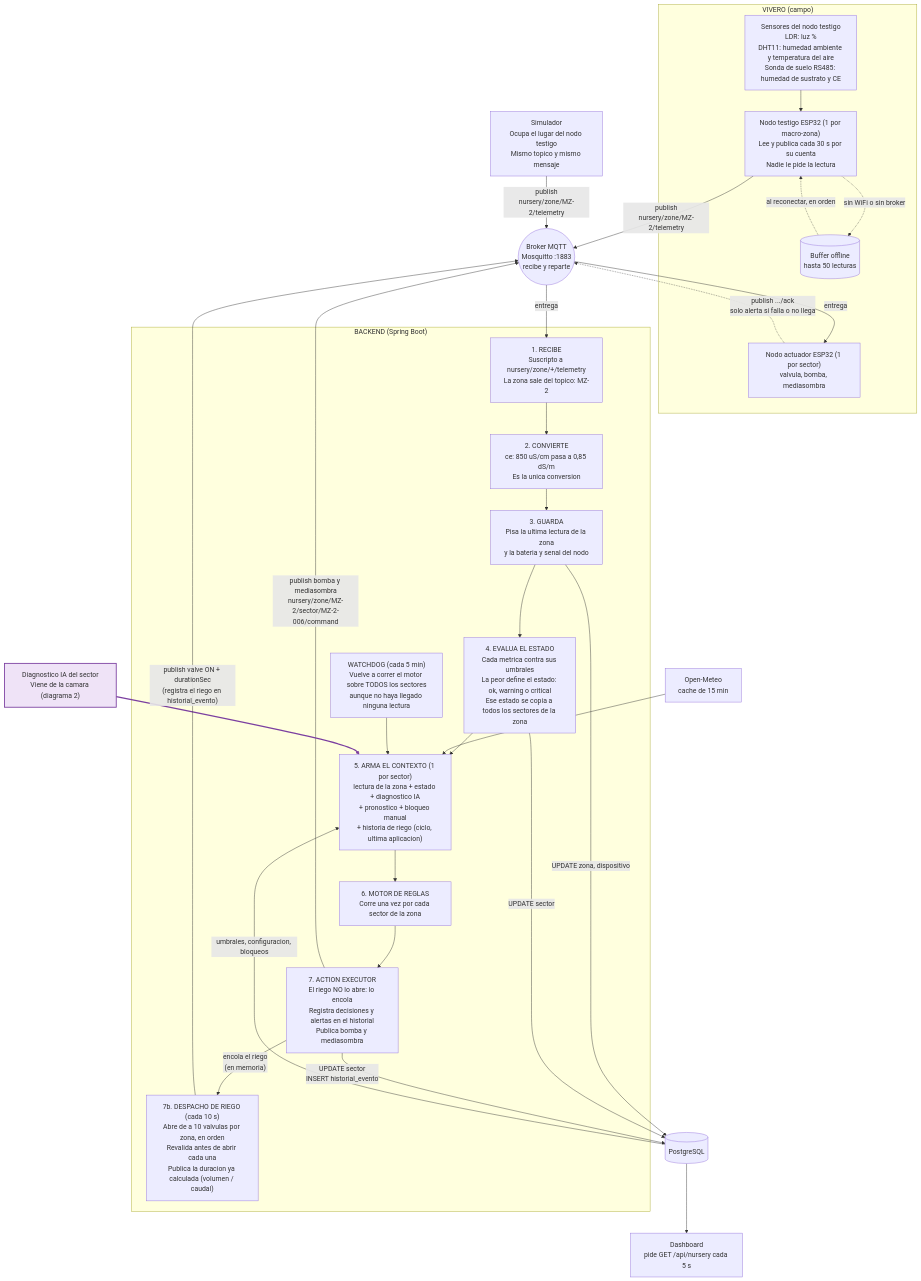
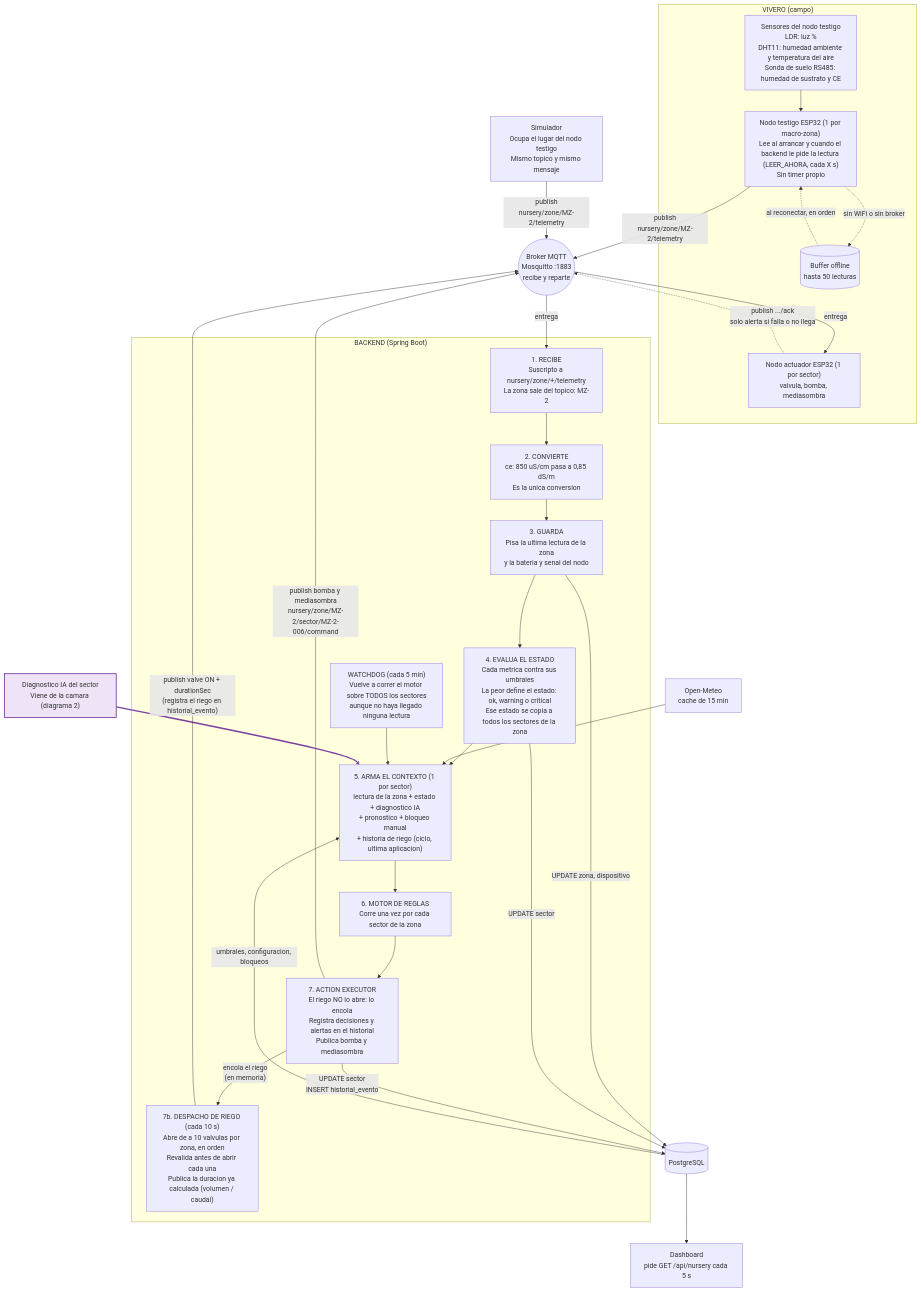
Before and after one commit to ssgalo/Yerbanalytics: the first of 3 diagrams in docs-motor-reglas-e-integracion/circuito-sensado-a-motor.md, drawn with Mermaid. The commit also changed other lines of this file and 10 other files, not shown here.

````diff
--- a/docs-motor-reglas-e-integracion/circuito-sensado-a-motor.md
+++ b/docs-motor-reglas-e-integracion/circuito-sensado-a-motor.md
@@ -16,55 +16,55 @@
 ```mermaid
 flowchart TD
     subgraph CAMPO["VIVERO (campo)"]
         SENS["Sensores del nodo testigo<br/>LDR: luz %<br/>DHT11: humedad ambiente y temperatura del aire<br/>Sonda de suelo RS485: humedad de sustrato y CE"]
-        NODO["Nodo testigo ESP32 (1 por macro-zona)<br/>Lee y publica cada 30 s por su cuenta<br/>Nadie le pide la lectura"]
+        NODO["Nodo testigo ESP32 (1 por macro-zona)<br/>Lee al arrancar y cuando el backend le pide la lectura (LEER_AHORA, cada X s)<br/>Sin timer propio"]
         BUF[("Buffer offline<br/>hasta 50 lecturas")]
         ACT["Nodo actuador ESP32 (1 por sector)<br/>valvula, bomba, mediasombra"]
     end
 
     SIM["Simulador<br/>Ocupa el lugar del nodo testigo<br/>Mismo topico y mismo mensaje"]
 
     BROKER(("Broker MQTT<br/>Mosquitto :1883<br/>recibe y reparte"))
 
     subgraph BACK["BACKEND (Spring Boot)"]
         P1["1. RECIBE<br/>Suscripto a nursery/zone/+/telemetry<br/>La zona sale del topico: MZ-2"]
         P2["2. CONVIERTE<br/>ce: 850 uS/cm pasa a 0,85 dS/m<br/>Es la unica conversion"]
         P3["3. GUARDA<br/>Pisa la ultima lectura de la zona<br/>y la bateria y senal del nodo"]
         P4["4. EVALUA EL ESTADO<br/>Cada metrica contra sus umbrales<br/>La peor define el estado: ok, warning o critical<br/>Ese estado se copia a todos los sectores de la zona"]
         P5["5. ARMA EL CONTEXTO (1 por sector)<br/>lectura de la zona + estado + diagnostico IA<br/>+ pronostico + bloqueo manual<br/>+ historia de riego (ciclo, ultima aplicacion)"]
         P6["6. MOTOR DE REGLAS<br/>Corre una vez por cada sector de la zona"]
         P7["7. ACTION EXECUTOR<br/>El riego NO lo abre: lo encola<br/>Registra decisiones y alertas en el historial<br/>Publica bomba y mediasombra"]
         DESP["7b. DESPACHO DE RIEGO (cada 10 s)<br/>Abre de a 10 valvulas por zona, en orden<br/>Revalida antes de abrir cada una<br/>Publica la duracion ya calculada (volumen / caudal)"]
         WD["WATCHDOG (cada 5 min)<br/>Vuelve a correr el motor sobre TODOS los sectores<br/>aunque no haya llegado ninguna lectura"]
     end
 
     DB[("PostgreSQL")]
     CLIMA["Open-Meteo<br/>cache de 15 min"]
     DASH["Dashboard<br/>pide GET /api/nursery cada 5 s"]
 
     SENS --> NODO
     NODO -. "sin WiFi o sin broker" .-> BUF
     BUF -. "al reconectar, en orden" .-> NODO
     NODO -- "publish<br/>nursery/zone/MZ-2/telemetry" --> BROKER
     SIM -- "publish<br/>nursery/zone/MZ-2/telemetry" --> BROKER
     BROKER -- "entrega" --> P1
     P1 --> P2 --> P3 --> P4 --> P5 --> P6 --> P7
     P3 -- "UPDATE zona, dispositivo" --> DB
     P4 -- "UPDATE sector" --> DB
     CLIMA --> P5
     DB -- "umbrales, configuracion, bloqueos" --> P5
     WD --> P5
     P7 -- "UPDATE sector<br/>INSERT historial_evento" --> DB
     P7 -- "publish bomba y mediasombra<br/>nursery/zone/MZ-2/sector/MZ-2-006/command" --> BROKER
     BROKER -- "entrega" --> ACT
     ACT -. "publish .../ack<br/>solo alerta si falla o no llega" .-> BROKER
     DB --> DASH
 
     CAMARA["Diagnostico IA del sector<br/>Viene de la camara (diagrama 2)"]
     CAMARA --> P5
     P7 -- "encola el riego<br/>(en memoria)" --> DESP
     DESP -- "publish valve ON + durationSec<br/>(registra el riego en historial_evento)" --> BROKER
 
     style CAMARA fill:#efe3f7,stroke:#7b3fa0,stroke-width:2px
     linkStyle 22 stroke:#7b3fa0,stroke-width:3px
 ```
````
